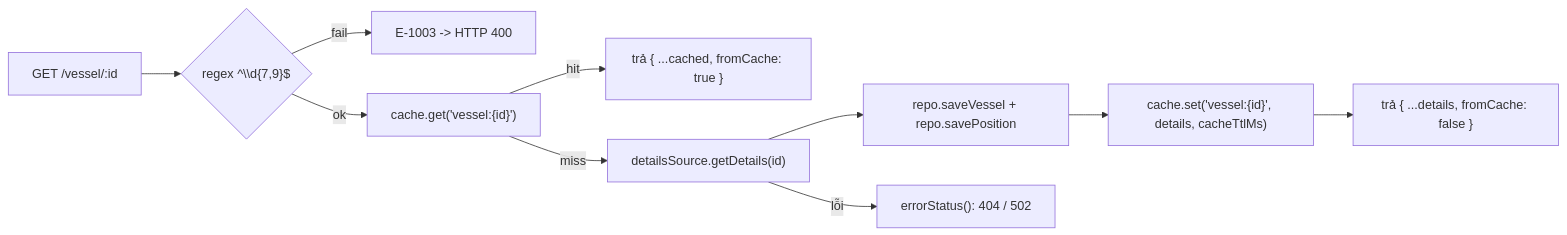
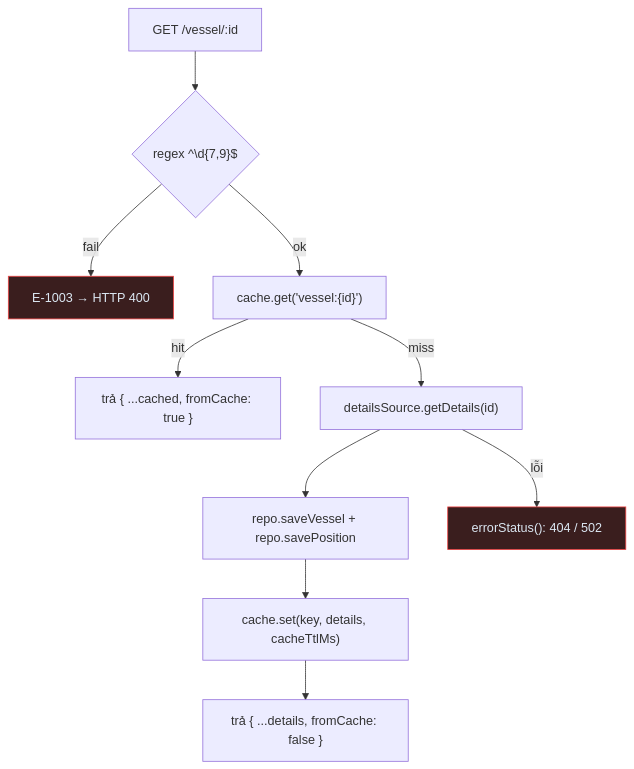
Before and after one commit to vgduchieu0602/soosky-bot-marine: the ninth of 14 diagrams in docs/CURRENT_DATA_FLOW.md, drawn with Mermaid. The commit also changed other lines of this file and 3 other files, not shown here.

````diff
--- a/docs/CURRENT_DATA_FLOW.md
+++ b/docs/CURRENT_DATA_FLOW.md
@@ -154,12 +250,15 @@
 ```mermaid
-flowchart LR
-  A["GET /vessel/:id"] --> B{"regex ^\\d{7,9}$"}
-  B -- fail --> E1["E-1003 -> HTTP 400"]
-  B -- ok --> C["cache.get('vessel:{id}')"]
-  C -- hit --> D["trả { ...cached, fromCache: true }"]
-  C -- miss --> F["detailsSource.getDetails(id)"]
+flowchart TD
+  A["GET /vessel/:id"] --> B{"regex ^\d{7,9}$"}
+  B -->|fail| E1["E-1003 → HTTP 400"]
+  B -->|ok| C["cache.get('vessel:{id}')"]
+  C -->|hit| D["trả { ...cached, fromCache: true }"]
+  C -->|miss| F["detailsSource.getDetails(id)"]
   F --> G["repo.saveVessel + repo.savePosition"]
-  G --> H["cache.set('vessel:{id}', details, cacheTtlMs)"]
+  G --> H["cache.set(key, details, cacheTtlMs)"]
   H --> I["trả { ...details, fromCache: false }"]
-  F -- lỗi --> E2["errorStatus(): 404 / 502"]
+  F -->|lỗi| E2["errorStatus(): 404 / 502"]
+
+  style E1 fill:#3a1e1e,stroke:#ef4444,color:#dbe7f2
+  style E2 fill:#3a1e1e,stroke:#ef4444,color:#dbe7f2
 ```
````
